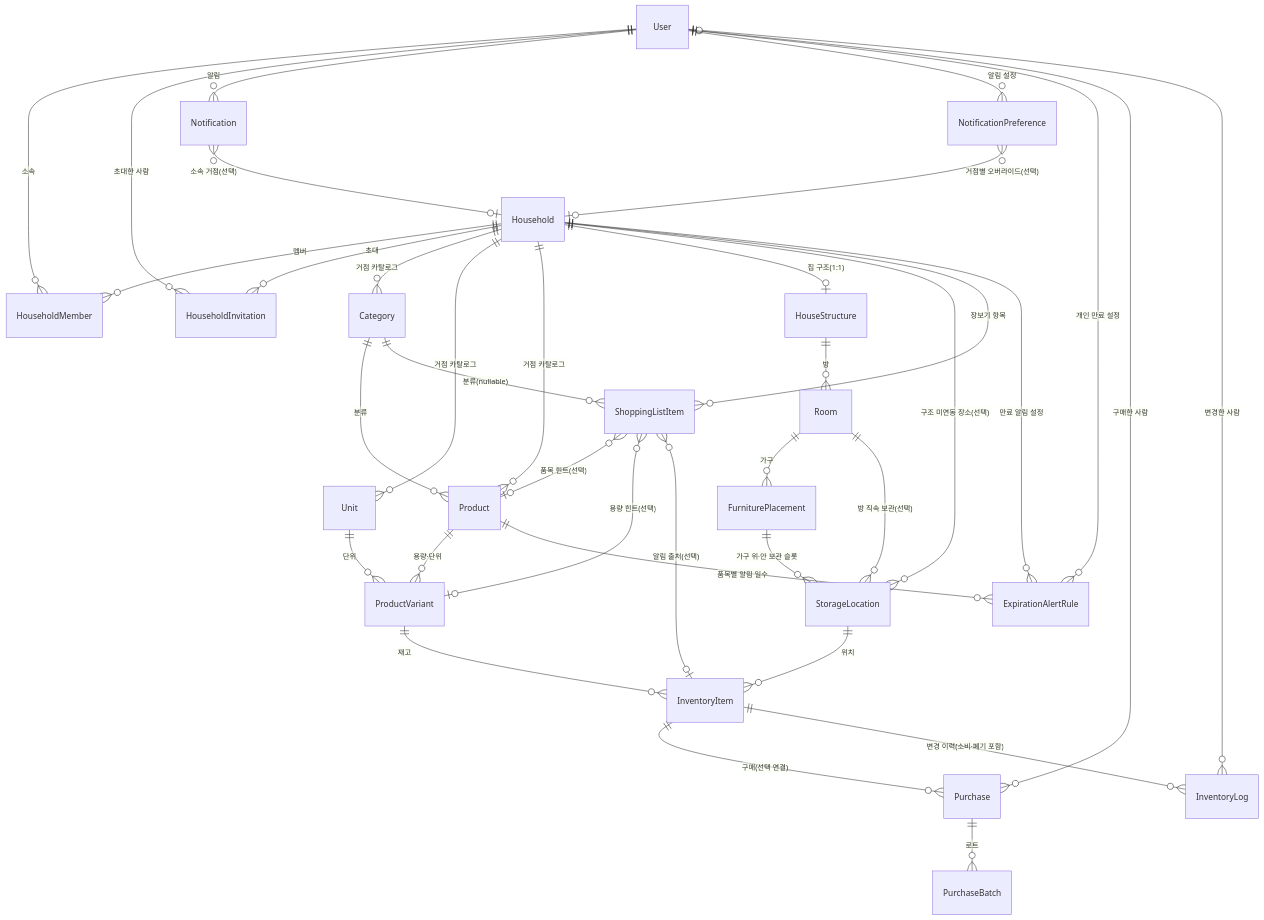
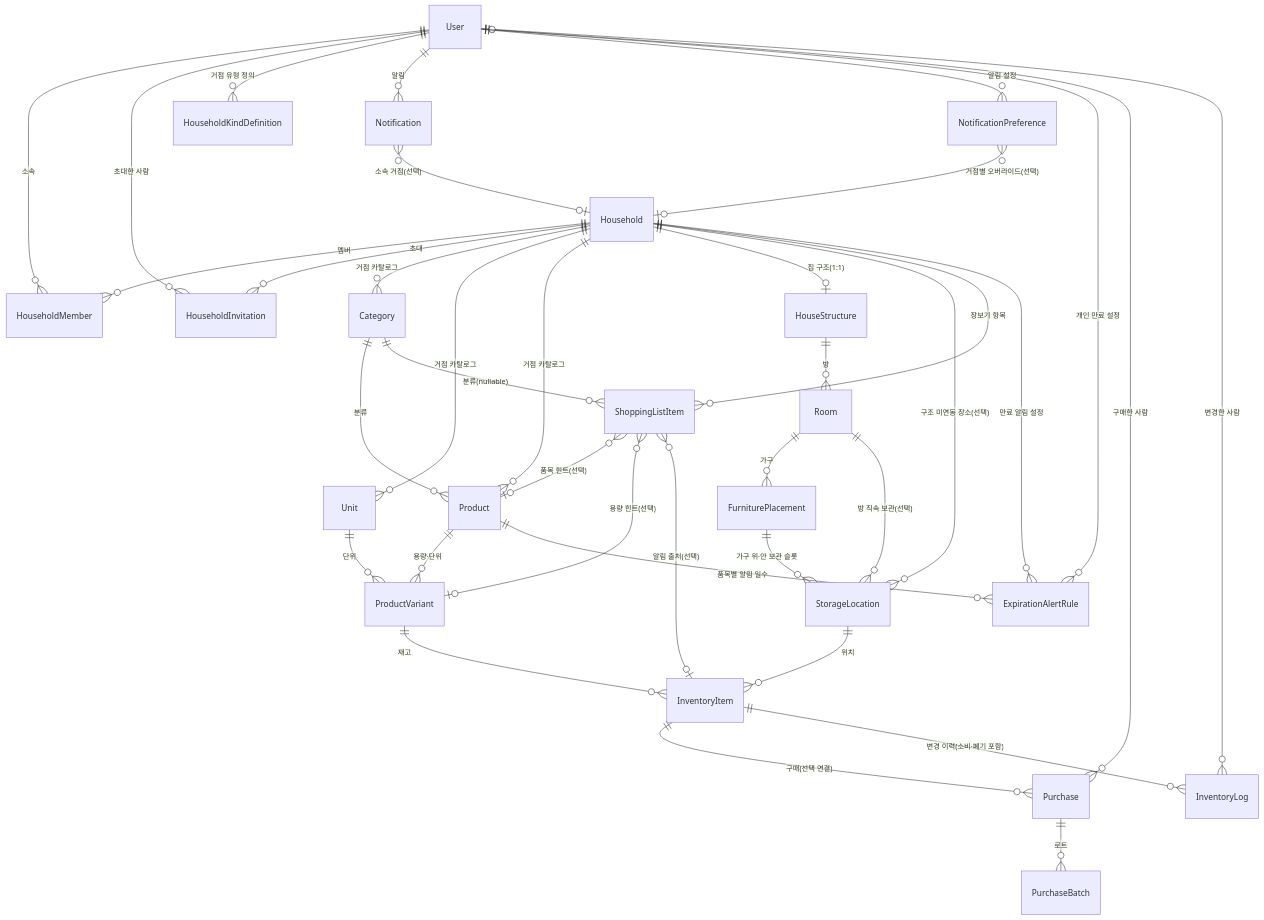
Before and after one commit to wukdddang/home-inventory-manager: the diagram in docs/design/v2/entity-conceptual-design.md, drawn with Mermaid. The commit also changed other lines of this file and 5 other files, not shown here.

First line of the commit message:
feat: HouseholdKindDefinition 테이블 추가 및 문서 업데이트

````diff
--- a/docs/design/v2/entity-conceptual-design.md
+++ b/docs/design/v2/entity-conceptual-design.md
@@ -28,46 +31,47 @@
 ```mermaid
 erDiagram
     User ||--o{ HouseholdMember : "소속"
     Household ||--o{ HouseholdMember : "멤버"
     Household ||--o{ HouseholdInvitation : "초대"
     User ||--o{ HouseholdInvitation : "초대한 사람"
+    User ||--o{ HouseholdKindDefinition : "거점 유형 정의"
 
     Household ||--o{ Category : "거점 카탈로그"
     Household ||--o{ Unit : "거점 카탈로그"
     Household ||--o{ Product : "거점 카탈로그"
     Category ||--o{ Product : "분류"
 
     Household ||--o| HouseStructure : "집 구조(1:1)"
     HouseStructure ||--o{ Room : "방"
     Room ||--o{ FurniturePlacement : "가구"
     Room ||--o{ StorageLocation : "방 직속 보관(선택)"
     FurniturePlacement ||--o{ StorageLocation : "가구 위·안 보관 슬롯"
     Household ||--o{ StorageLocation : "구조 미연동 장소(선택)"
     Household ||--o{ ShoppingListItem : "장보기 항목"
     Household ||--o{ ExpirationAlertRule : "만료 알림 설정"
 
     Product ||--o{ ProductVariant : "용량·단위"
     Product ||--o{ ExpirationAlertRule : "품목별 알림 일수"
     Unit ||--o{ ProductVariant : "단위"
 
     ProductVariant ||--o{ InventoryItem : "재고"
     StorageLocation ||--o{ InventoryItem : "위치"
 
     InventoryItem ||--o{ Purchase : "구매(선택 연결)"
     Purchase ||--o{ PurchaseBatch : "로트"
     InventoryItem ||--o{ InventoryLog : "변경 이력(소비·폐기 포함)"
 
     Purchase }o--o| User : "구매한 사람"
     InventoryLog }o--o| User : "변경한 사람"
 
     Category ||--o{ ShoppingListItem : "분류(nullable)"
     ShoppingListItem }o--o| Product : "품목 힌트(선택)"
     ShoppingListItem }o--o| ProductVariant : "용량 힌트(선택)"
     ShoppingListItem }o--o| InventoryItem : "알림 출처(선택)"
 
     User ||--o{ Notification : "알림"
     Notification }o--o| Household : "소속 거점(선택)"
     User ||--o{ NotificationPreference : "알림 설정"
     NotificationPreference }o--o| Household : "거점별 오버라이드(선택)"
     User ||--o{ ExpirationAlertRule : "개인 만료 설정"
 ```
````
